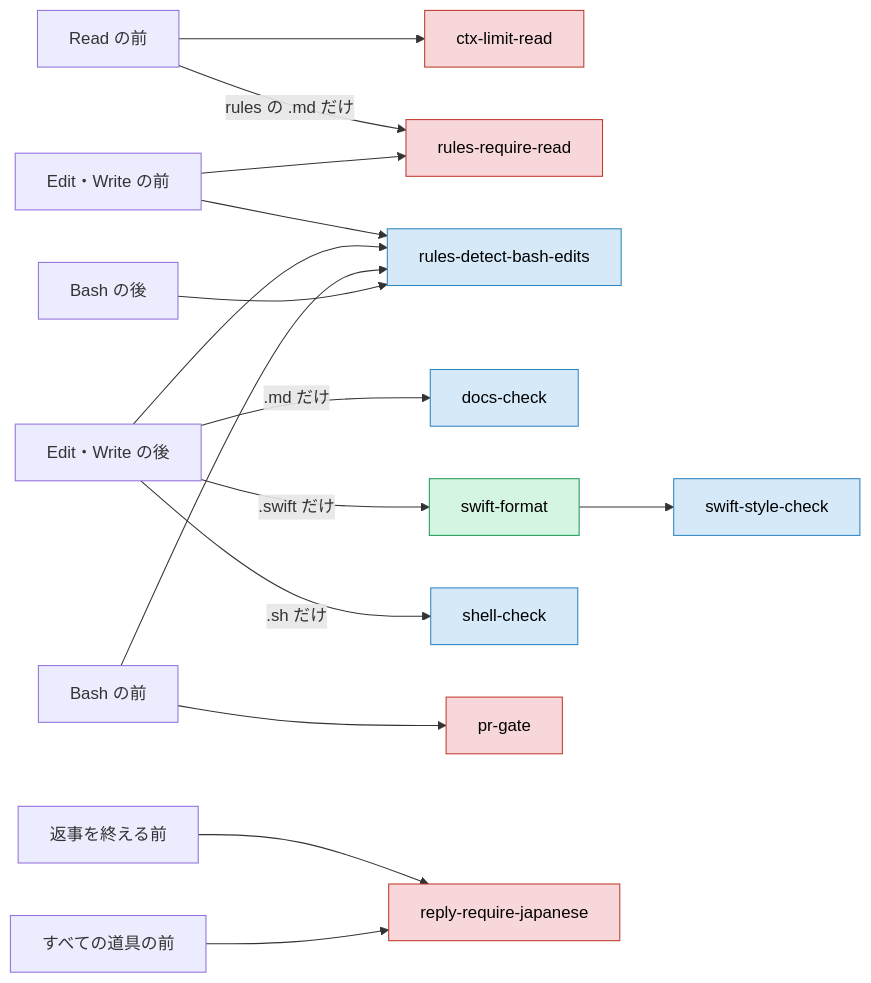
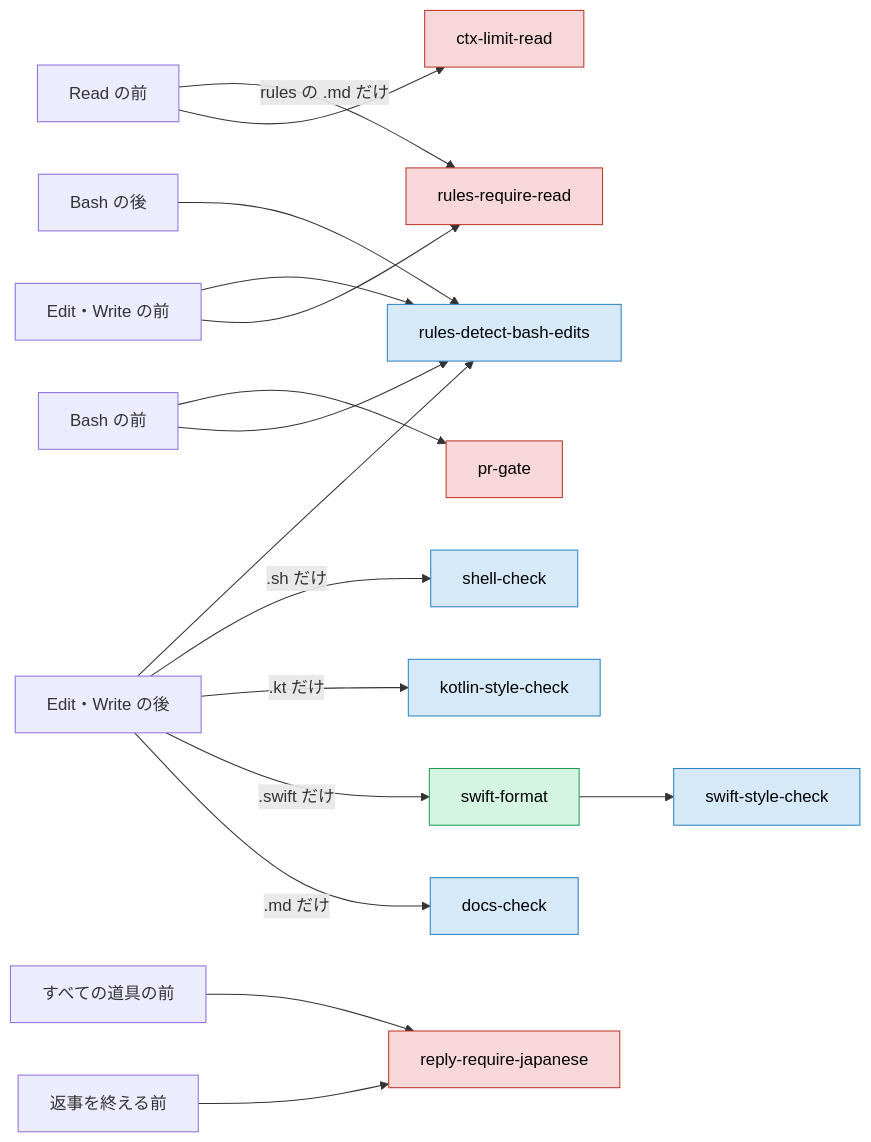
The diagram in docs/usage/components.md (yossibank/claude-config), drawn with Mermaid before and after one commit. The commit also changed other lines of this file and 9 other files, not shown here.

First line of the commit message:
feat: check kotlin blank lines that ktlint leaves alone (#167)

````diff
--- a/docs/usage/components.md
+++ b/docs/usage/components.md
@@ -33,24 +33,25 @@
 ```mermaid
 flowchart LR
     readBefore["Read の前"] --> limit["ctx-limit-read"]
     readBefore -->|rules の .md だけ| require["rules-require-read"]
     editBefore["Edit・Write の前"] --> require
     editBefore --> detect["rules-detect-bash-edits"]
     editAfter["Edit・Write の後"] -->|.md だけ| docs["docs-check"]
     editAfter -->|.swift だけ| swift["swift-format"]
     swift --> swiftStyle["swift-style-check"]
+    editAfter -->|.kt だけ| kotlinStyle["kotlin-style-check"]
     editAfter -->|.sh だけ| shell["shell-check"]
     editAfter --> detect
     bashBefore["Bash の前"] --> detect
     bashBefore --> gate["pr-gate"]
     bashAfter["Bash の後"] --> detect
     stop["返事を終える前"] --> japanese["reply-require-japanese"]
     toolBefore["すべての道具の前"] --> japanese
 
     classDef block fill:#f8d7da,stroke:#c0392b,color:#000
     classDef inform fill:#d6e9f8,stroke:#2e86c1,color:#000
     classDef tidy fill:#d5f5e3,stroke:#239b56,color:#000
     class limit,require,gate,japanese block
-    class docs,swiftStyle,shell,detect inform
+    class docs,kotlinStyle,swiftStyle,shell,detect inform
     class swift tidy
 ```
````
